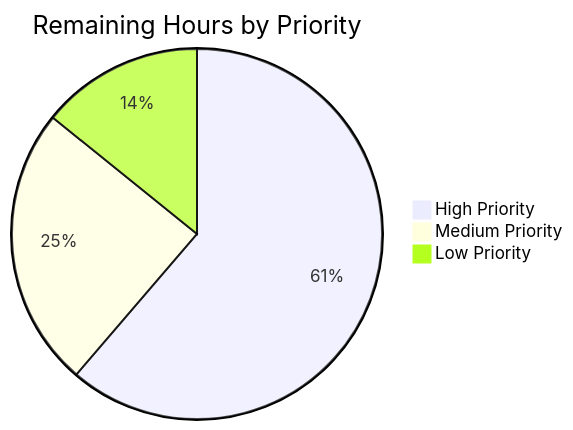
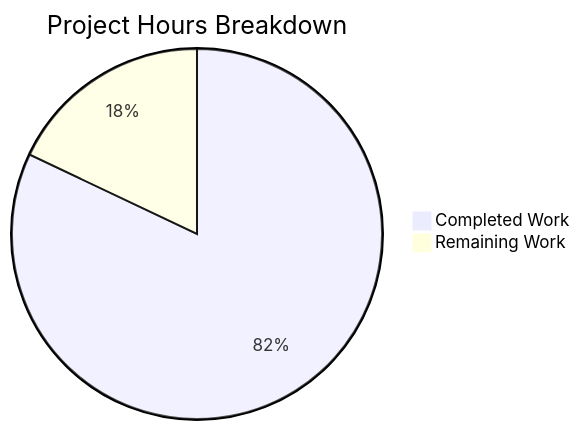
Before and after one commit to Blitzy-Sandbox/blitzy-jenkins: the second of 2 diagrams in blitzy/documentation/Project Guide.md, drawn with Mermaid. The commit also changed other lines of this file, not shown here.

Commit message:
Adding Blitzy Project Guide: Project Status and Human Tasks Remaining

````diff
--- a/blitzy/documentation/Project Guide.md
+++ b/blitzy/documentation/Project Guide.md
@@ -144,6 +231,5 @@
 ```mermaid
-pie title Remaining Hours by Priority
-    "High Priority" : 95
-    "Medium Priority" : 38
-    "Low Priority" : 22
+pie title Project Hours Breakdown
+    "Completed Work" : 320
+    "Remaining Work" : 70
 ```
````
